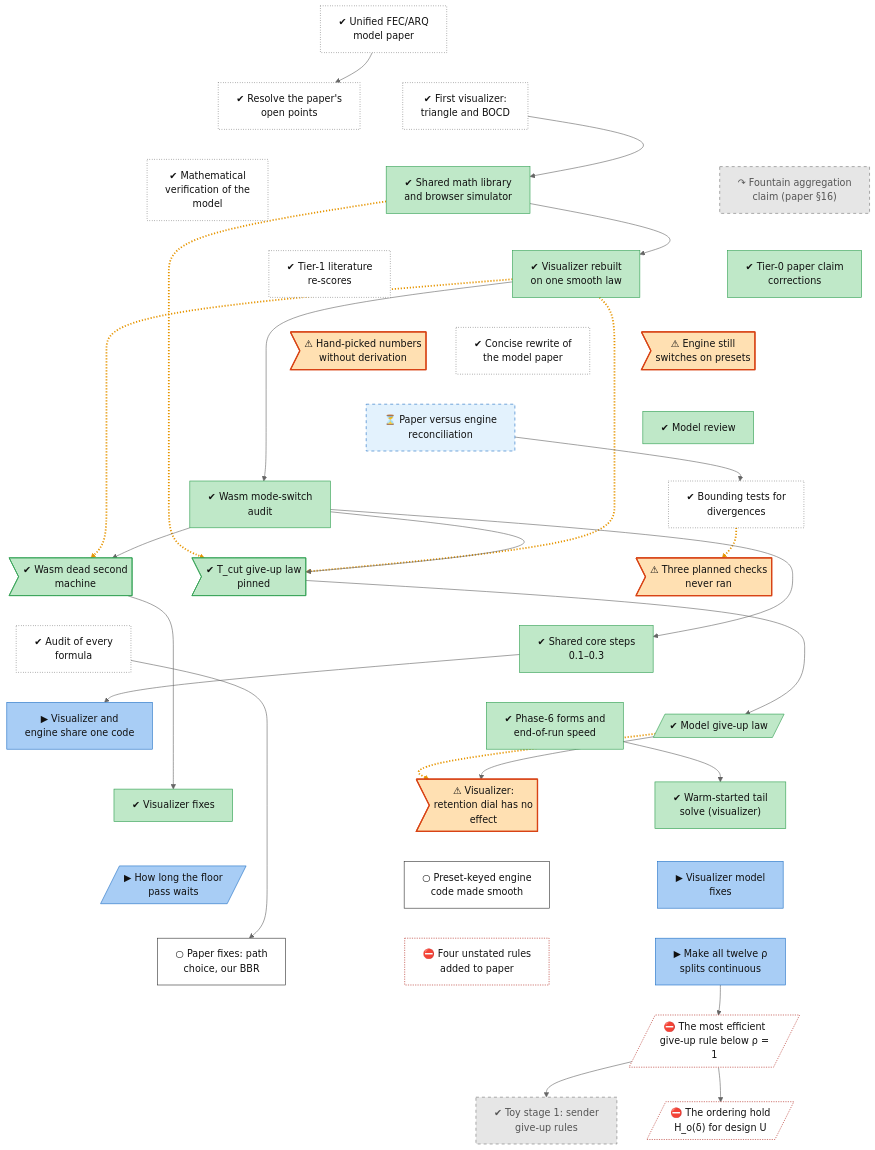
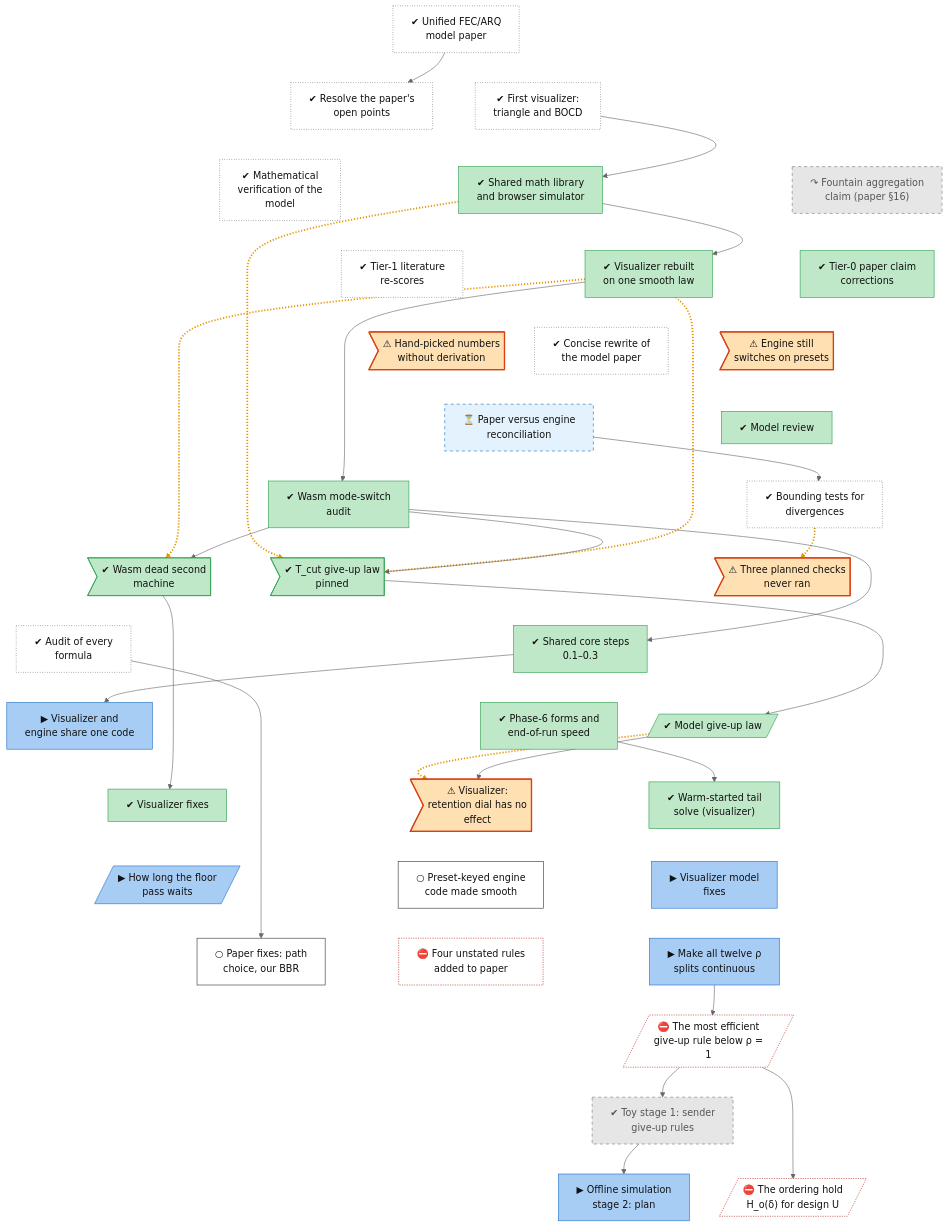
Before and after one commit to lhns/raptorpath: the diagram in docs/roadmap/tracks/model.md, drawn with Mermaid (neutral theme). The commit also changed other lines of this file and 5 other files, not shown here.

Commit message:
roadmap: VM batch 1 node (harness67c review round, vmb-s2 manifest fix), ADR-0084 guard node (Fable review, revision round), offline simulation stage 2 plan, disorder-price harness on a branch

````diff
--- a/docs/roadmap/tracks/model.md
+++ b/docs/roadmap/tracks/model.md
@@ -44,6 +44,7 @@
     model_rho_step_sites["▶ Make all twelve ρ<br/>splits continuous"]
     model_skip_rule_efficiency[/"⛔ The most efficient<br/>give-up rule below ρ =<br/>1"/]
     model_toy_stage1["✔ Toy stage 1: sender<br/>give-up rules"]
+    model_toy_stage2_plan["▶ Offline simulation<br/>stage 2: plan"]
     model_ordering_hold[/"⛔ The ordering hold<br/>H_o(δ) for design U"/]
     model_paper_v1 ~~~ model_open_points
     model_paper_v1 ~~~ model_visualizer_v1
@@ -83,7 +84,8 @@
     model_fix_paper_p3 ~~~ model_skip_rule_efficiency
     model_rho_step_sites ~~~ model_skip_rule_efficiency
     model_skip_rule_efficiency ~~~ model_toy_stage1
-    model_skip_rule_efficiency ~~~ model_ordering_hold
+    model_toy_stage1 ~~~ model_toy_stage2_plan
+    model_toy_stage1 ~~~ model_ordering_hold
     model_paper_v1 --> model_open_points
     model_visualizer_v1 --> model_wasm_l0
     model_wasm_l0 -.-> model_defect_tcut
@@ -105,8 +107,9 @@
     model_law_ledger --> model_fix_paper_p2
     model_rho_step_sites --> model_skip_rule_efficiency
     model_skip_rule_efficiency --> model_toy_stage1
+    model_toy_stage1 --> model_toy_stage2_plan
     model_skip_rule_efficiency --> model_ordering_hold
-    linkStyle 41,43,44,46,53 stroke:#e69500,stroke-width:3px,stroke-dasharray:2 3
+    linkStyle 42,44,45,47,54 stroke:#e69500,stroke-width:3px,stroke-dasharray:2 3
     classDef vsucc fill:#2e9e4f,stroke:#1b6b34,color:#fff
     classDef succ fill:#bfe8c8,stroke:#2e9e4f,color:#111
     classDef mixed fill:#ffd37a,stroke:#c98a00,color:#111
@@ -126,7 +129,7 @@
     class model_s16_fountain,model_toy_stage1 dead
     class model_mode_switch_debts,model_open_constants,model_bound_tests_unrun,model_defect_rho_inert finding
     class model_paper_recon waiting
-    class model_shared_core,model_floor_hold,model_wasm_fixes,model_rho_step_sites inprog
+    class model_shared_core,model_floor_hold,model_wasm_fixes,model_rho_step_sites,model_toy_stage2_plan inprog
     class model_fix_hint_keyed_paths,model_fix_paper_p2 next
     class model_fix_paper_p3,model_skip_rule_efficiency,model_ordering_hold blocked
 ```
````
